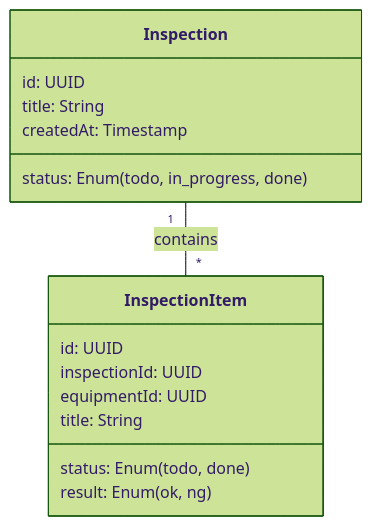
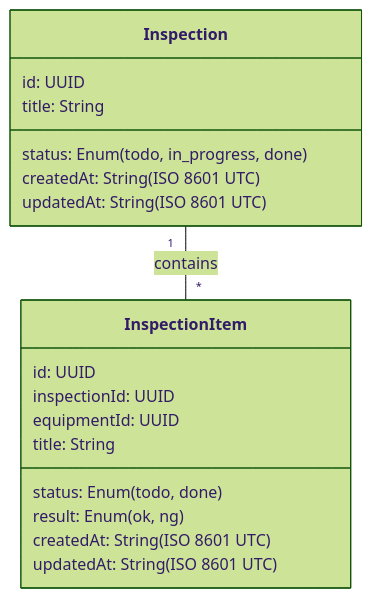
One commit to funayamateppei/local_bridge changed the third of 6 diagrams in frontend/ARCHITECTURE.md. Above: the diagram before and after it, drawn with Mermaid (forest theme). The commit also changed other lines of this file and 15 other files, not shown here.

````diff
--- a/frontend/ARCHITECTURE.md
+++ b/frontend/ARCHITECTURE.md
@@ -150,20 +175,23 @@
 ```mermaid
 classDiagram
     class Inspection {
         id: UUID
         title: String
         status: Enum (todo, in_progress, done)
-        createdAt: Timestamp
+        createdAt: String (ISO 8601 UTC)
+        updatedAt: String (ISO 8601 UTC)
     }
 
     class InspectionItem {
         id: UUID
         inspectionId: UUID
         equipmentId: UUID
         title: String
         status: Enum (todo, done)
         result: Enum (ok, ng)
+        createdAt: String (ISO 8601 UTC)
+        updatedAt: String (ISO 8601 UTC)
     }
 
     Inspection "1" -- "*" InspectionItem : contains
 ```
````
